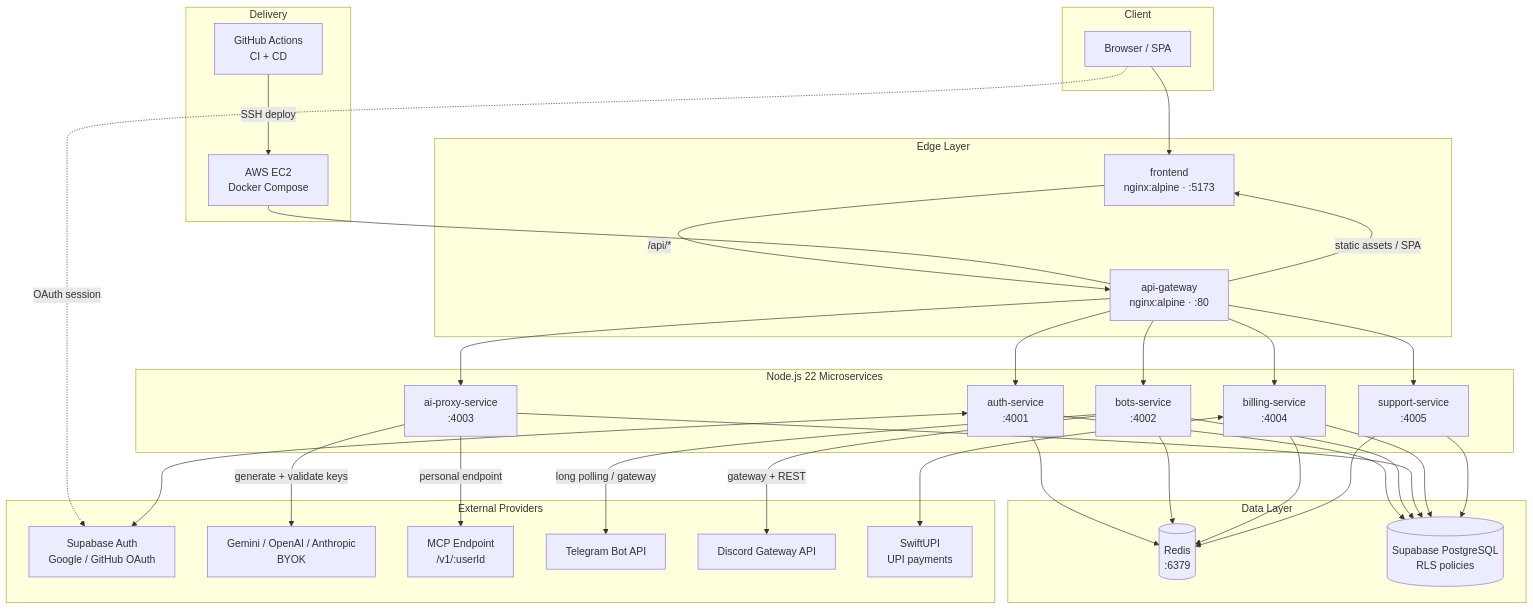
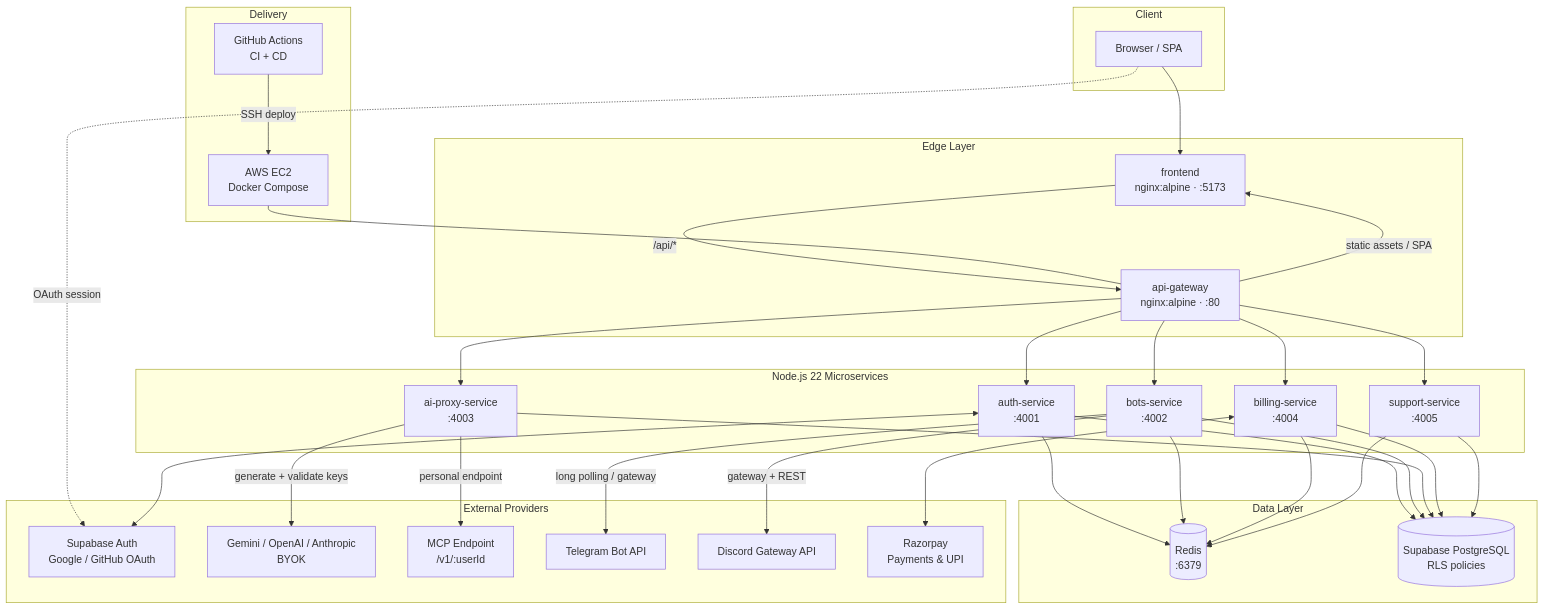
One commit to shivamdwivedi2442/botnoob changed the diagram in README.md. Above: the diagram before and after it, drawn with Mermaid. The commit also changed other lines of this file, not shown here.

````diff
--- a/README.md
+++ b/README.md
@@ -72,68 +72,68 @@
 ```mermaid
 flowchart TB
     subgraph Client["Client"]
         BR["Browser / SPA"]
     end
 
     subgraph Edge["Edge Layer"]
         FE["frontend<br/>nginx:alpine · :5173"]
         GW["api-gateway<br/>nginx:alpine · :80"]
     end
 
     subgraph Services["Node.js 22 Microservices"]
         AUTH["auth-service<br/>:4001"]
         BOTS["bots-service<br/>:4002"]
         AI["ai-proxy-service<br/>:4003"]
         BILL["billing-service<br/>:4004"]
         SUP["support-service<br/>:4005"]
     end
 
     subgraph Data["Data Layer"]
         REDIS[("Redis<br/>:6379")]
         PG[("Supabase PostgreSQL<br/>RLS policies")]
     end
 
     subgraph External["External Providers"]
         SUPA["Supabase Auth<br/>Google / GitHub OAuth"]
         LLM["Gemini / OpenAI / Anthropic<br/>BYOK"]
         MCP["MCP Endpoint<br/>/v1/:userId"]
         TG["Telegram Bot API"]
         DC["Discord Gateway API"]
-        UPI["SwiftUPI<br/>UPI payments"]
+        RZP["Razorpay<br/>Payments & UPI"]
     end
 
     subgraph Ops["Delivery"]
         GHA["GitHub Actions<br/>CI + CD"]
         EC2["AWS EC2<br/>Docker Compose"]
     end
 
     BR --> FE
     BR -.->|OAuth session| SUPA
     FE -->|/api/*| GW
     GW --> AUTH
     GW --> BOTS
     GW --> AI
     GW --> BILL
     GW --> SUP
     GW -->|static assets / SPA| FE
 
     AUTH --> REDIS
     BOTS --> REDIS
     BILL --> REDIS
     SUP --> REDIS
     AUTH --> PG
     BOTS --> PG
     AI --> PG
     BILL --> PG
     SUP --> PG
 
     AUTH <--> SUPA
     AI -->|generate + validate keys| LLM
     AI -->|personal endpoint| MCP
     BOTS -->|long polling / gateway| TG
     BOTS -->|gateway + REST| DC
-    BILL <--> UPI
+    BILL <--> RZP
 
     GHA -->|SSH deploy| EC2
     EC2 --- GW
 ```
````
